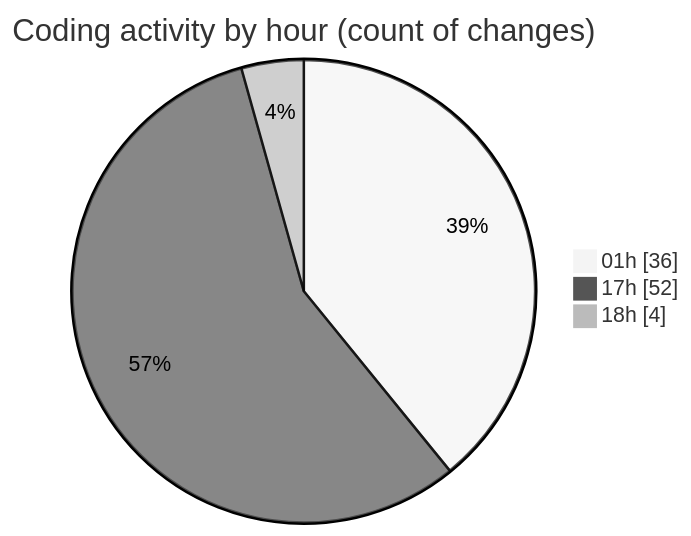
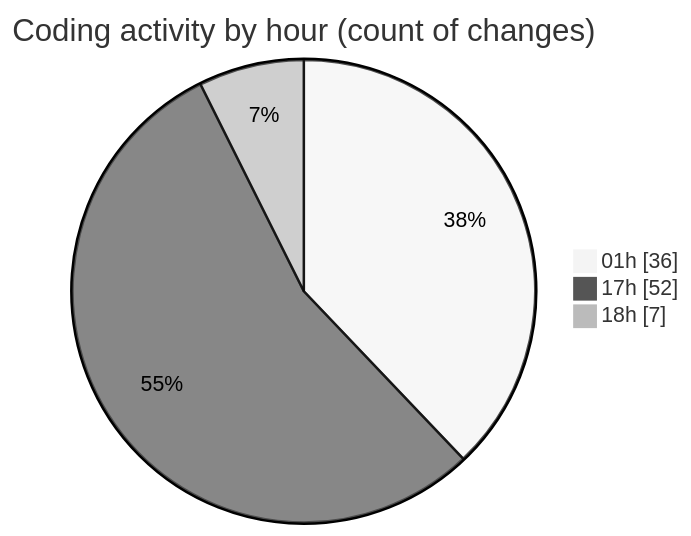
One commit to lephambinh05/code-tracking changed the second of 2 diagrams in 2025-07-29/appproject/README.md. Above: the diagram before and after it, drawn with Mermaid (neutral theme). The commit also changed other lines of this file and 1 other file, not shown here.

````diff
--- a/2025-07-29/appproject/README.md
+++ b/2025-07-29/appproject/README.md
@@ -72,7 +73,7 @@
 ```mermaid
 pie showData
 title Coding activity by hour (count of changes)
 "01h" : 36
 "17h" : 52
-"18h" : 4
+"18h" : 7
 ```
````
